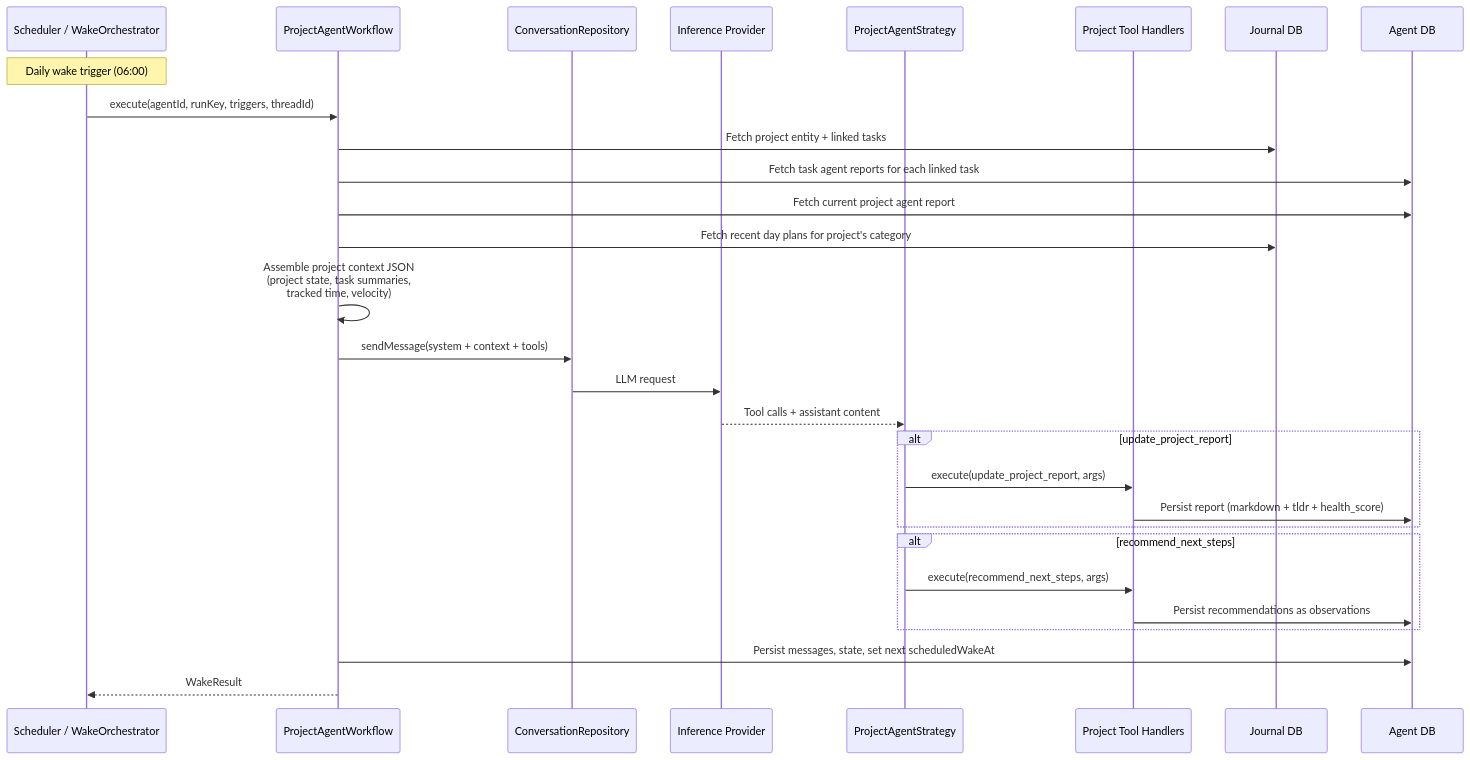
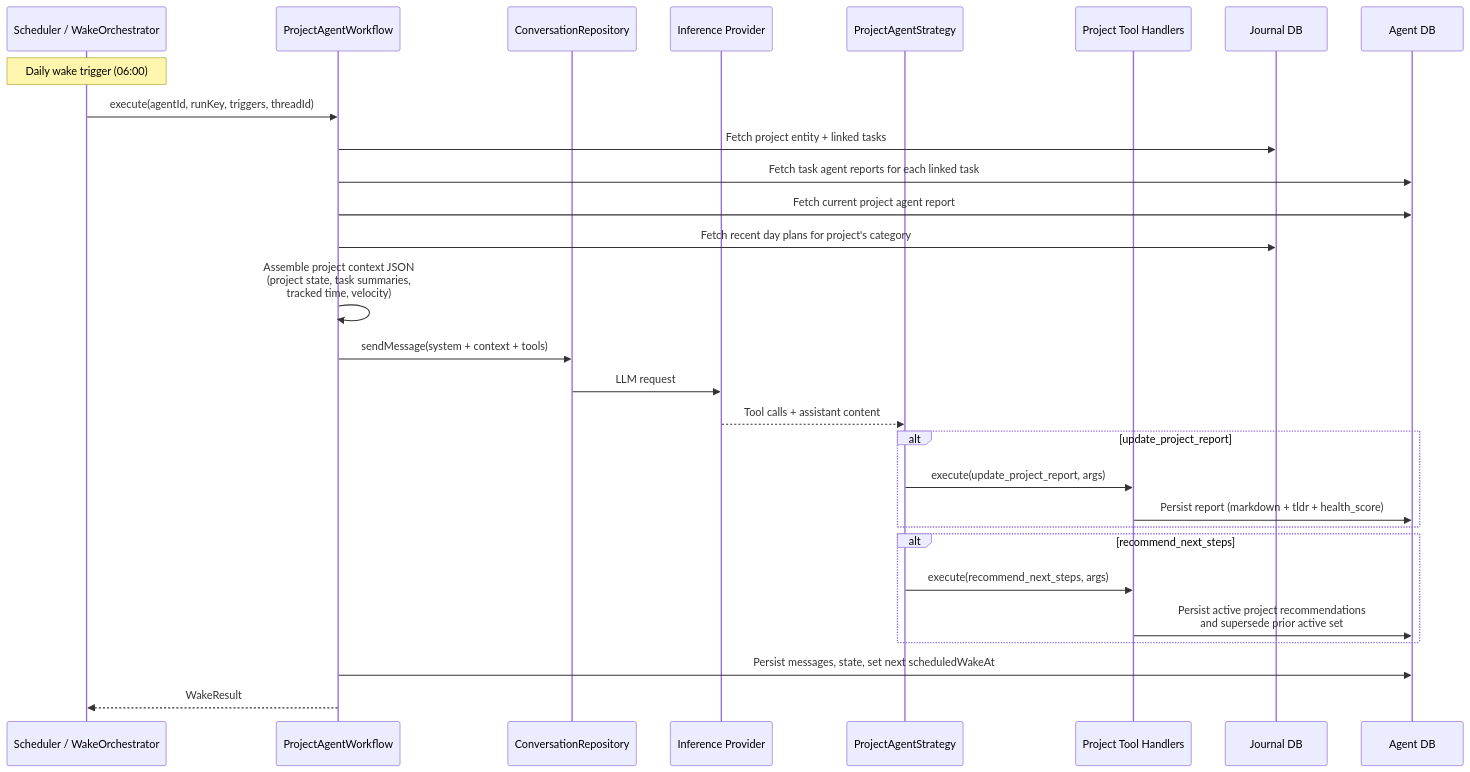
One commit to matthiasn/lotti changed the fourth of 6 diagrams in docs/implementation_plans/2026-03-16_introduce_projects.md. Above: the diagram before and after it, drawn with Mermaid. The commit also changed other lines of this file and 37 other files, not shown here.

````diff
--- a/docs/implementation_plans/2026-03-16_introduce_projects.md
+++ b/docs/implementation_plans/2026-03-16_introduce_projects.md
@@ -485,40 +488,40 @@
 ```mermaid
 sequenceDiagram
     participant Sched as Scheduler / WakeOrchestrator
     participant PAW as ProjectAgentWorkflow
     participant CR as ConversationRepository
     participant Model as Inference Provider
     participant PAS as ProjectAgentStrategy
     participant Tools as Project Tool Handlers
     participant JDB as Journal DB
     participant ADB as Agent DB
 
     Note over Sched: Daily wake trigger (06:00)
 
     Sched->>PAW: execute(agentId, runKey, triggers, threadId)
 
     PAW->>JDB: Fetch project entity + linked tasks
     PAW->>ADB: Fetch task agent reports for each linked task
     PAW->>ADB: Fetch current project agent report
     PAW->>JDB: Fetch recent day plans for project's category
 
     PAW->>PAW: Assemble project context JSON<br/>(project state, task summaries,<br/>tracked time, velocity)
 
     PAW->>CR: sendMessage(system + context + tools)
     CR->>Model: LLM request
 
     Model-->>PAS: Tool calls + assistant content
 
     alt update_project_report
         PAS->>Tools: execute(update_project_report, args)
         Tools->>ADB: Persist report (markdown + tldr + health_score)
     end
 
     alt recommend_next_steps
         PAS->>Tools: execute(recommend_next_steps, args)
-        Tools->>ADB: Persist recommendations as observations
+        Tools->>ADB: Persist active project recommendations<br/>and supersede prior active set
     end
 
     PAW->>ADB: Persist messages, state, set next scheduledWakeAt
     PAW-->>Sched: WakeResult
 ```
````
